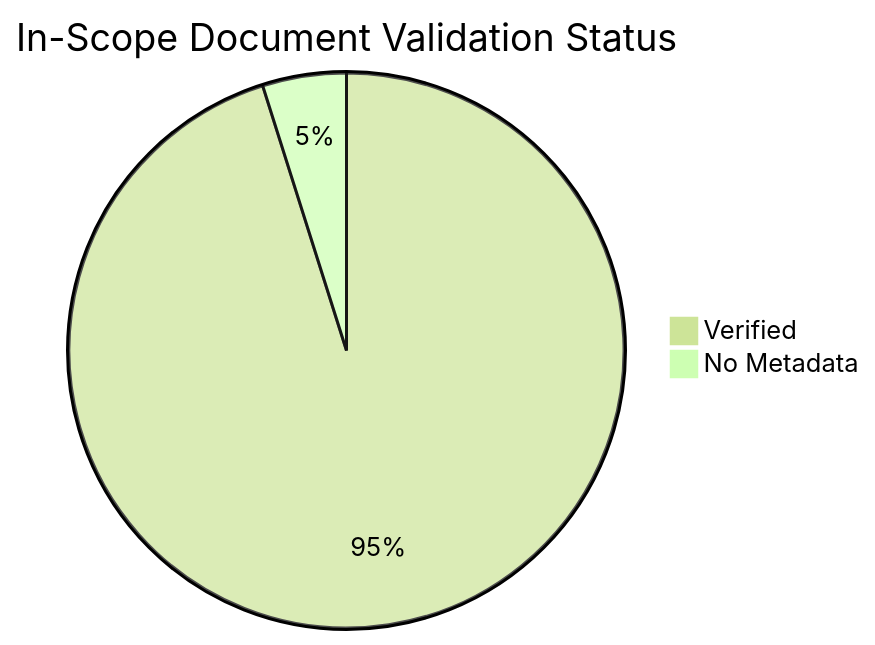
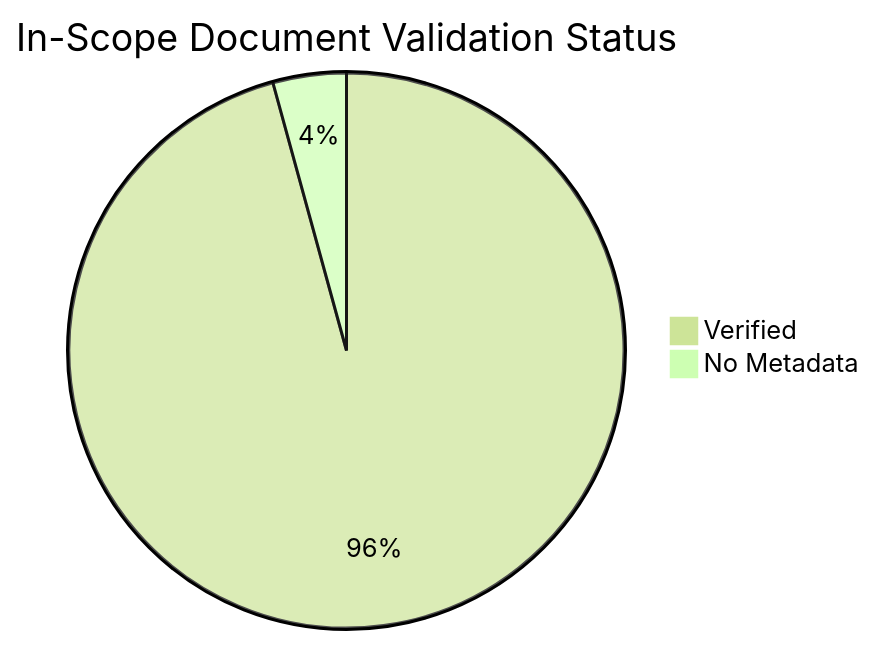
Before and after one commit to yeongseon/azure-container-apps-practical-guide: the diagram in docs/reference/content-validation-status.md, drawn with Mermaid (forest theme). The commit also changed other lines of this file and 5 other files, not shown here.

First line of the commit message:
docs(diagrams): migrate the Container Apps dependency pattern diagrams (#600)

````diff
--- a/docs/reference/content-validation-status.md
+++ b/docs/reference/content-validation-status.md
@@ -25,5 +25,5 @@
 ```mermaid
 pie title In-Scope Document Validation Status
-    "Verified" : 156
-    "No Metadata" : 8
+    "Verified" : 157
+    "No Metadata" : 7
 ```
````
